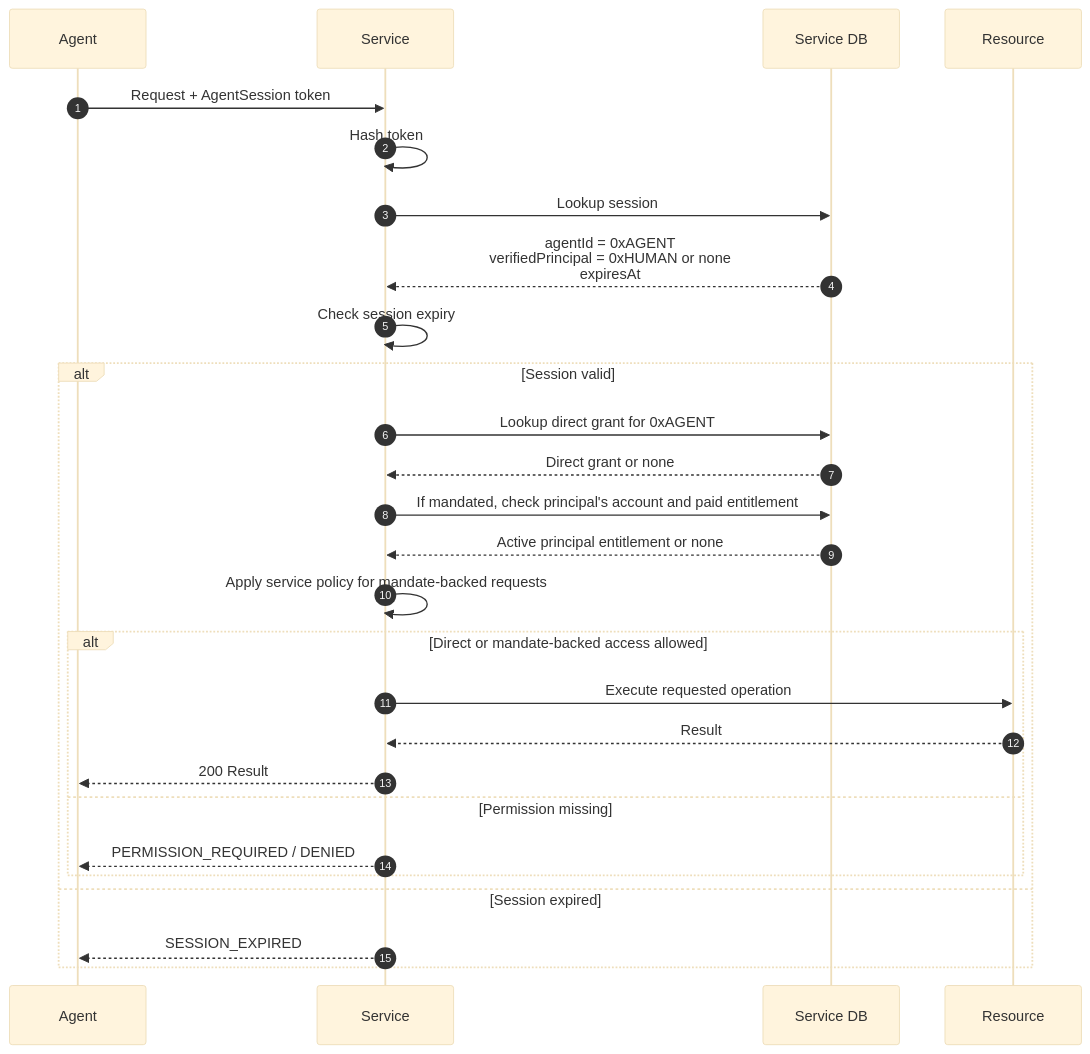
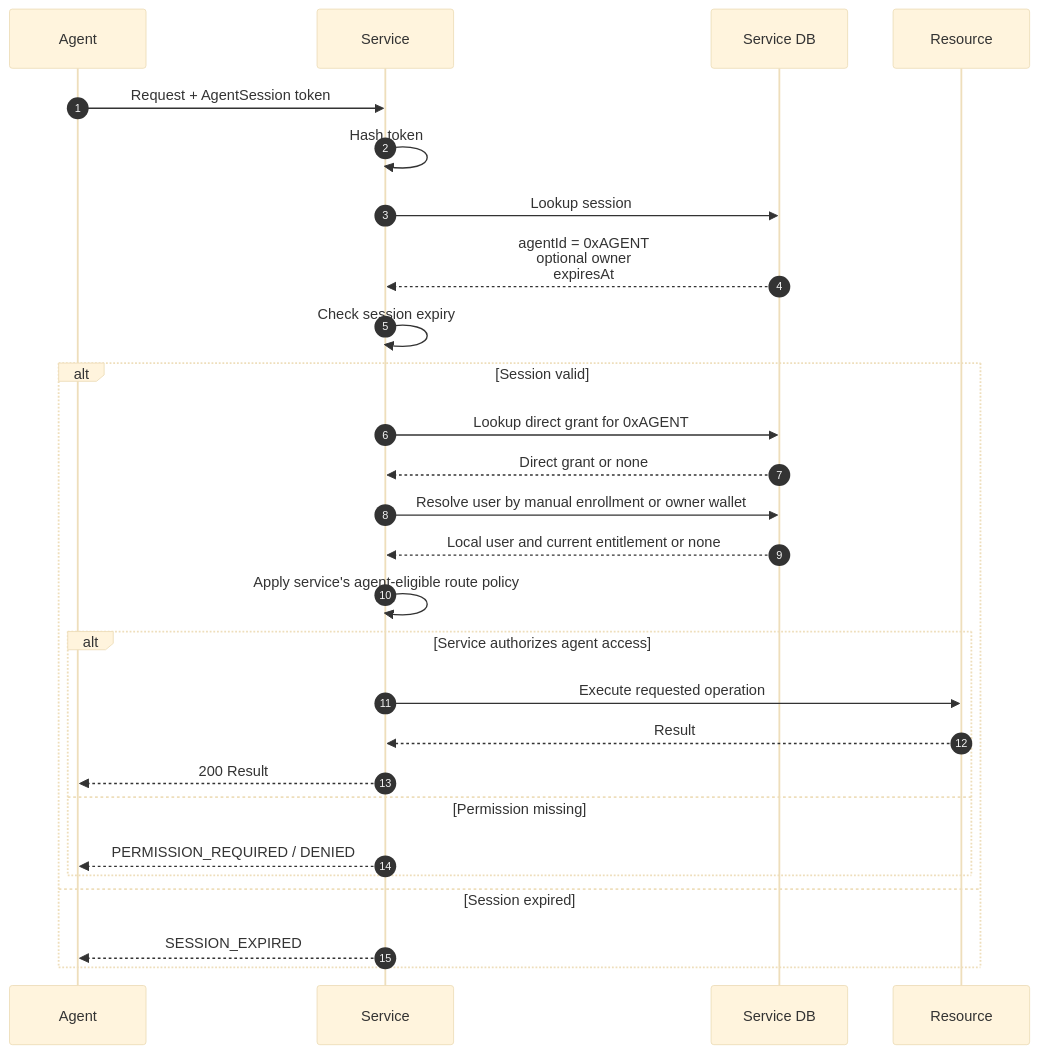
One commit to ryuux05/eth-tokyo-2026 changed the fourth of 4 diagrams in docs/PROTOCOL.md. Above: the diagram before and after it, drawn with Mermaid (base theme). The commit also changed other lines of this file and 2 other files, not shown here.

Commit message:
Clarify protocol, use cases, and policy boundaries

````diff
--- a/docs/PROTOCOL.md
+++ b/docs/PROTOCOL.md
@@ -232,37 +282,37 @@
 ```mermaid
 sequenceDiagram
     autonumber
 
     participant A as Agent
     participant S as Service
     participant DB as Service DB
     participant R as Resource
 
     A->>S: Request + AgentSession token
 
     S->>S: Hash token
     S->>DB: Lookup session
 
-    DB-->>S: agentId = 0xAGENT<br/>verifiedPrincipal = 0xHUMAN or none<br/>expiresAt
+    DB-->>S: agentId = 0xAGENT<br/>optional owner<br/>expiresAt
 
     S->>S: Check session expiry
 
     alt Session valid
         S->>DB: Lookup direct grant for 0xAGENT
         DB-->>S: Direct grant or none
-        S->>DB: If mandated, check principal's account and paid entitlement
-        DB-->>S: Active principal entitlement or none
-        S->>S: Apply service policy for mandate-backed requests
+        S->>DB: Resolve user by manual enrollment or owner wallet
+        DB-->>S: Local user and current entitlement or none
+        S->>S: Apply service's agent-eligible route policy
 
-        alt Direct or mandate-backed access allowed
+        alt Service authorizes agent access
             S->>R: Execute requested operation
             R-->>S: Result
             S-->>A: 200 Result
         else Permission missing
             S-->>A: PERMISSION_REQUIRED / DENIED
         end
 
     else Session expired
         S-->>A: SESSION_EXPIRED
     end
 ```
````
